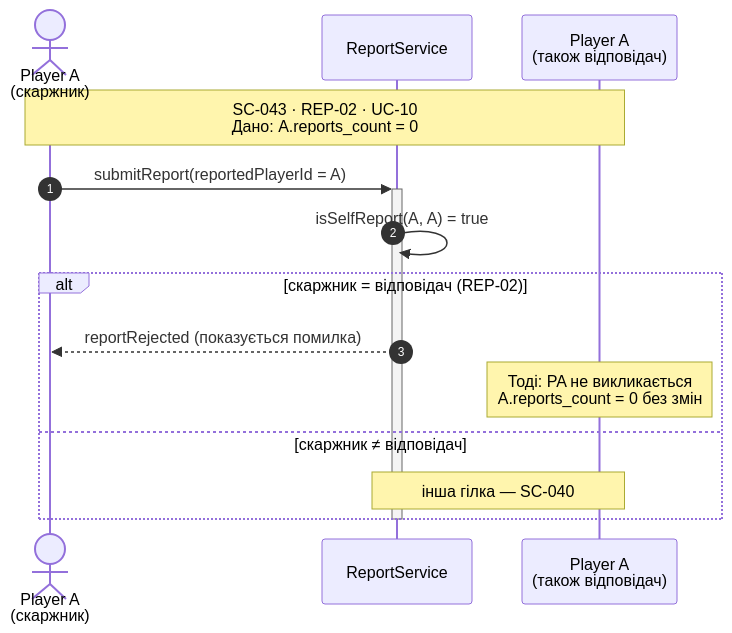
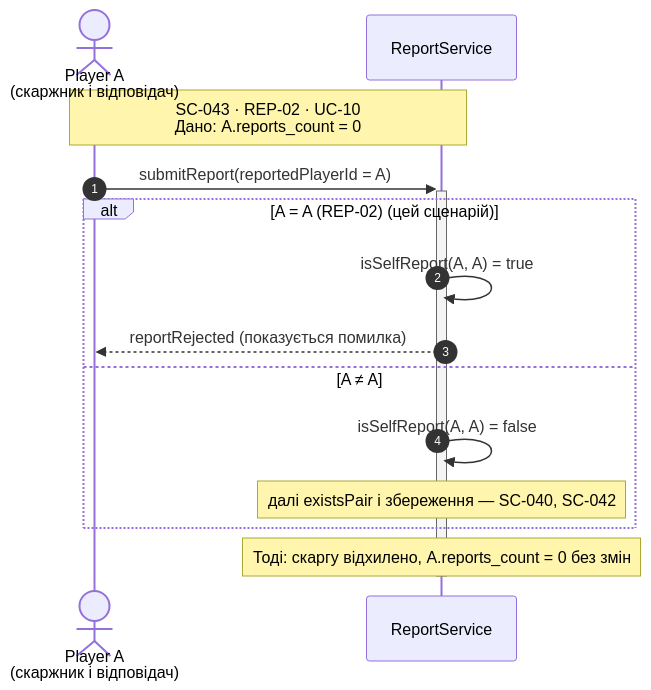
One commit to Honike-1/KPI2 changed the diagram in lab3/diagrams/sequence-043.mmd. Above: the diagram before and after it, drawn with Mermaid. The commit also changed 13 other files, not shown here.

Commit message:
docs: rework diagrams

```diff
--- a/lab3/diagrams/sequence-043.mmd
+++ b/lab3/diagrams/sequence-043.mmd
@@ -1,16 +1,16 @@
 sequenceDiagram
     autonumber
-    actor A as Player A<br/>(скаржник)
+    actor A as Player A<br/>(скаржник і відповідач)
     participant RS as ReportService
-    participant PA as Player A<br/>(також відповідач)
 
-    Note over A,PA: SC-043 · REP-02 · UC-10<br/>Дано: A.reports_count = 0
+    Note over A,RS: SC-043 · REP-02 · UC-10<br/>Дано: A.reports_count = 0
     A->>+RS: submitReport(reportedPlayerId = A)
-    RS->>RS: isSelfReport(A, A) = true
-    alt скаржник = відповідач (REP-02)
+    alt A = A (REP-02) (цей сценарій)
+        RS->>RS: isSelfReport(A, A) = true
         RS-->>A: reportRejected (показується помилка)
-        Note over PA: Тоді: PA не викликається<br/>A.reports_count = 0 без змін
-    else скаржник ≠ відповідач
-        Note over RS,PA: інша гілка — SC-040
+    else A ≠ A
+        RS->>RS: isSelfReport(A, A) = false
+        Note over RS: далі existsPair і збереження — SC-040, SC-042
     end
+    Note over RS: Тоді: скаргу відхилено, A.reports_count = 0 без змін
     deactivate RS
```
